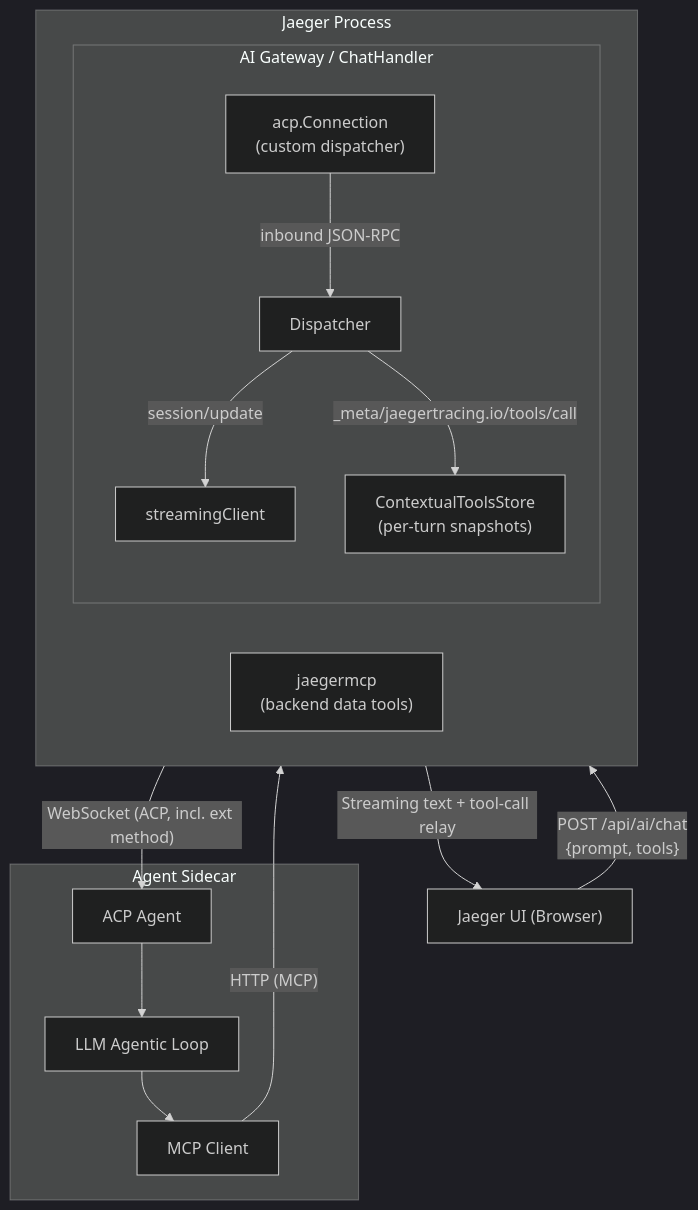
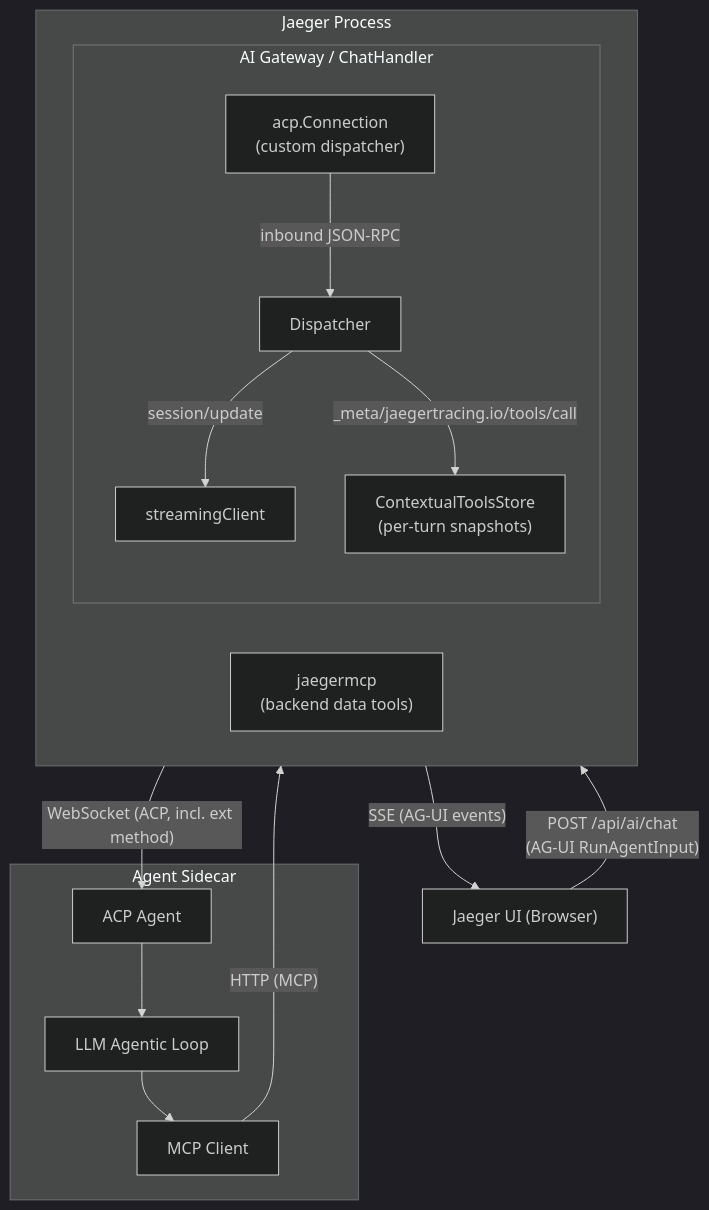
Before and after one commit to jaegertracing/jaeger: the first of 2 diagrams in docs/rfc/0002-ai-gateway-contextual-tools.md, drawn with Mermaid (dark theme). The commit also changed other lines of this file and 13 other files, not shown here.

````diff
--- a/docs/rfc/0002-ai-gateway-contextual-tools.md
+++ b/docs/rfc/0002-ai-gateway-contextual-tools.md
@@ -167,31 +167,31 @@
 ```mermaid
 flowchart TB
     UI["Jaeger UI (Browser)"]
 
     subgraph jaeger["Jaeger Process"]
         direction LR
         MCP["jaegermcp<br>(backend data tools)"]
         subgraph handler["AI Gateway / ChatHandler"]
             direction TB
             ACPCONN["acp.Connection<br>(custom dispatcher)"]
             DISPATCH["Dispatcher"]
             SC["streamingClient"]
             STORE["ContextualToolsStore<br>(per-turn snapshots)"]
             ACPCONN -- inbound JSON-RPC --> DISPATCH
             DISPATCH -- session/update --> SC
             DISPATCH -- _meta/jaegertracing.io/tools/call --> STORE
         end
     end
 
     subgraph sidecar["Agent Sidecar"]
         AGENT["ACP Agent"]
         LOOP["LLM Agentic Loop"]
         MCPC["MCP Client"]
         AGENT --> LOOP --> MCPC
     end
 
-    UI -- "POST /api/ai/chat<br>{prompt, tools}" --> handler
-    SC -- "Streaming text + tool-call relay" --> UI
+    UI -- "POST /api/ai/chat<br>(AG-UI RunAgentInput)" --> handler
+    SC -- "SSE (AG-UI events)" --> UI
     handler -- "WebSocket (ACP, incl. ext method)" --> AGENT
     MCPC -- "HTTP (MCP)" --> MCP
 ```
````
